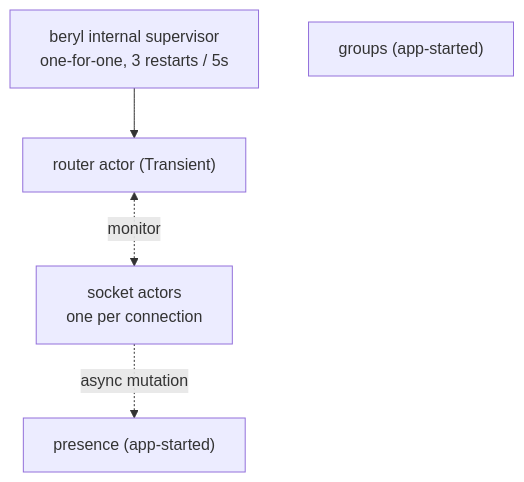
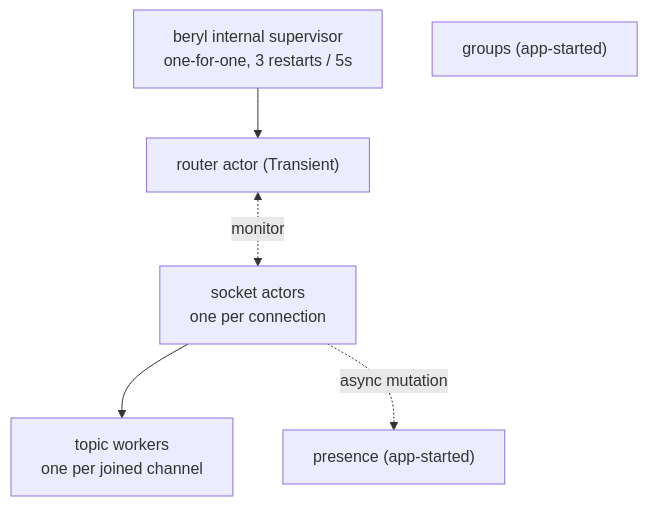
One commit to tylerbutler/beryl changed the second of 2 diagrams in website/src/content/docs/architecture/overview.md. Above: the diagram before and after it, drawn with Mermaid. The commit also changed other lines of this file and 27 other files, not shown here.

First line of the commit message:
feat(channel): run each accepted topic in its own process (#371)

````diff
--- a/website/src/content/docs/architecture/overview.md
+++ b/website/src/content/docs/architecture/overview.md
@@ -69,9 +69,10 @@
 ```mermaid
 flowchart TB
   S["beryl internal supervisor<br/>one-for-one, 3 restarts / 5s"]
   S --> RT["router actor (Transient)"]
   RT <-. "monitor" .-> SA["socket actors<br/>one per connection"]
+  SA --> TW["topic workers<br/>one per joined channel"]
   PR["presence (app-started)"]
   GR["groups (app-started)"]
   SA -. "async mutation" .-> PR
 ```
````
